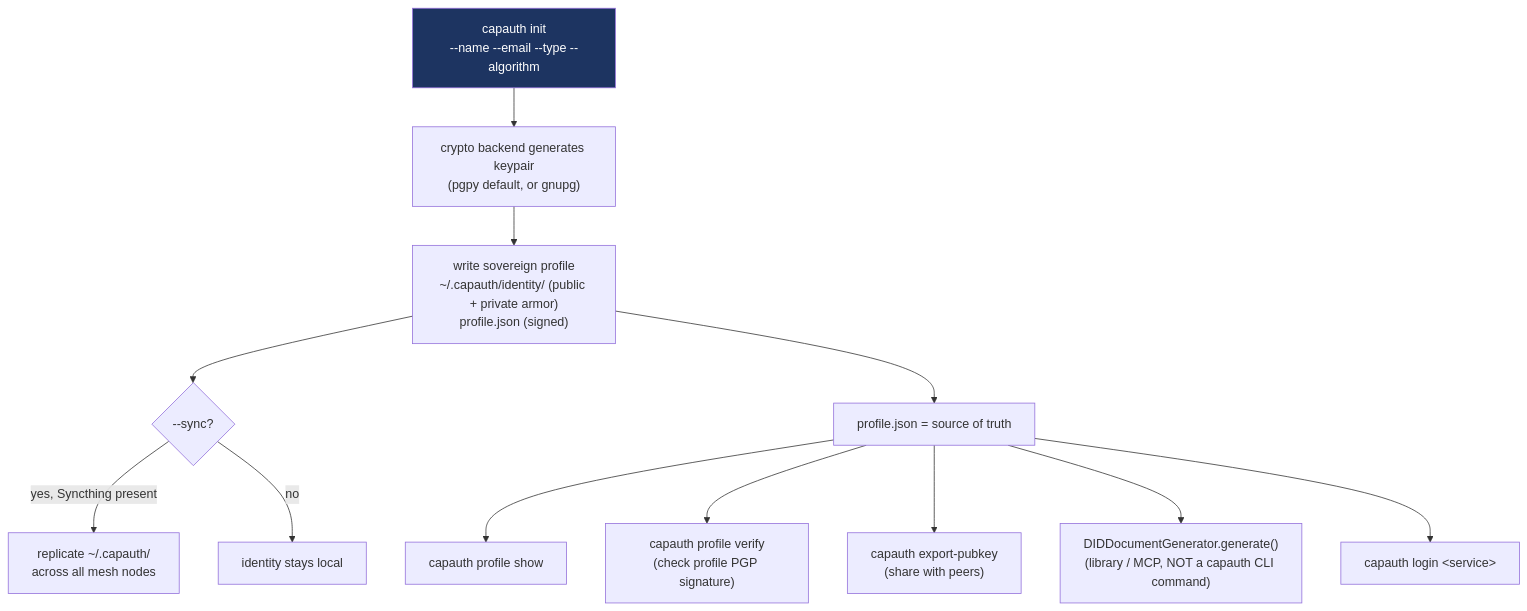
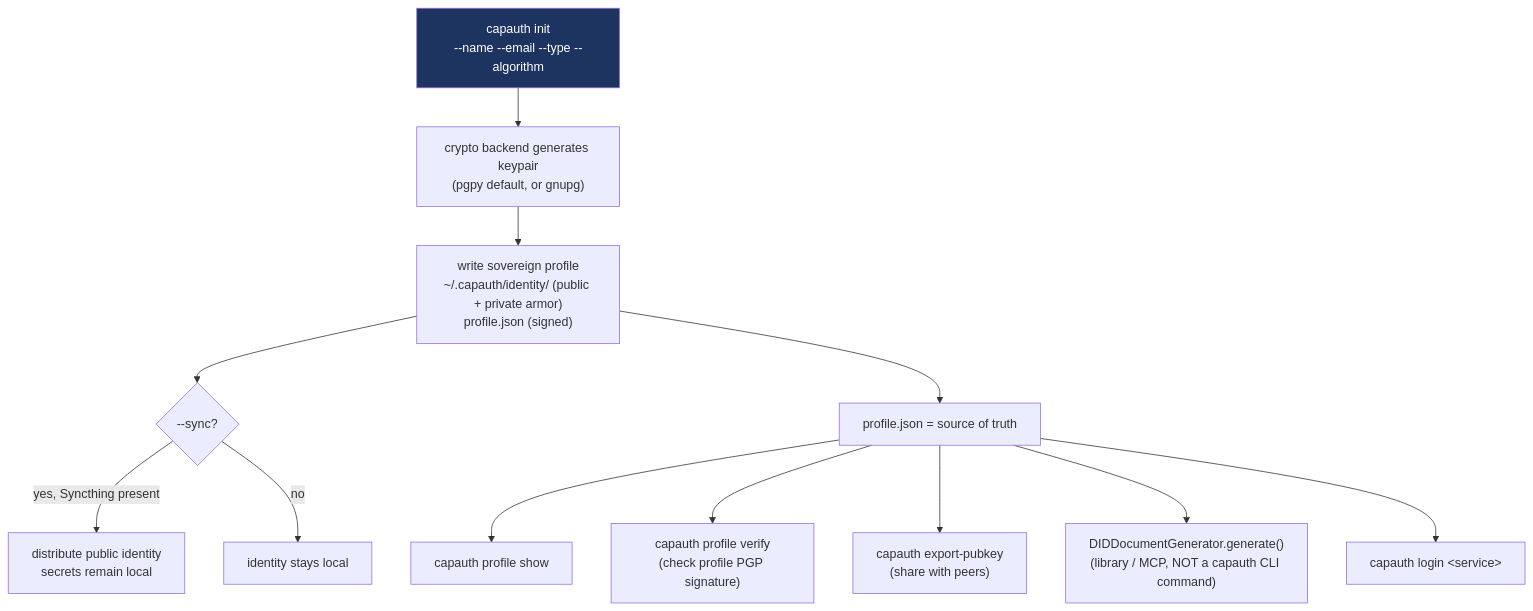
The second of 9 diagrams in docs/ARCHITECTURE.md (jarvis1openclaw/capauth), drawn with Mermaid before and after one commit. The commit also changed other lines of this file and 8 other files, not shown here.

````diff
--- a/docs/ARCHITECTURE.md
+++ b/docs/ARCHITECTURE.md
@@ -43,16 +43,16 @@
 ```mermaid
 flowchart TD
     INIT["capauth init<br/>--name --email --type --algorithm"] --> GEN["crypto backend generates keypair<br/>(pgpy default, or gnupg)"]
     GEN --> WRITE["write sovereign profile<br/>~/.capauth/identity/ (public + private armor)<br/>profile.json (signed)"]
     WRITE --> SYNC{"--sync?"}
-    SYNC -->|yes, Syncthing present| REPL["replicate ~/.capauth/<br/>across all mesh nodes"]
+    SYNC -->|yes, Syncthing present| REPL["distribute public identity<br/>secrets remain local"]
     SYNC -->|no| LOCAL["identity stays local"]
     WRITE --> USE["profile.json = source of truth"]
     USE --> SHOW["capauth profile show"]
     USE --> VER["capauth profile verify<br/>(check profile PGP signature)"]
     USE --> EXP["capauth export-pubkey<br/>(share with peers)"]
     USE --> DID["DIDDocumentGenerator.generate()<br/>(library / MCP, NOT a capauth CLI command)"]
     USE --> LOGIN["capauth login &lt;service&gt;"]
 
     style INIT fill:#1d3461,color:#fff
 ```
````
